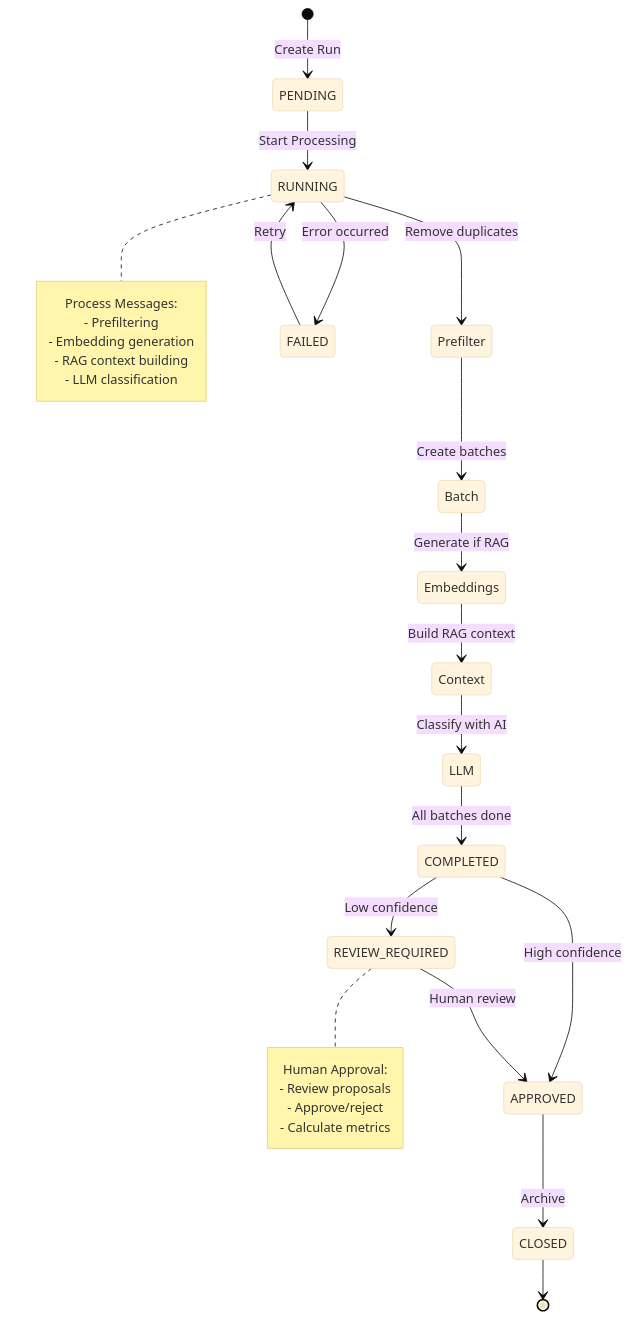
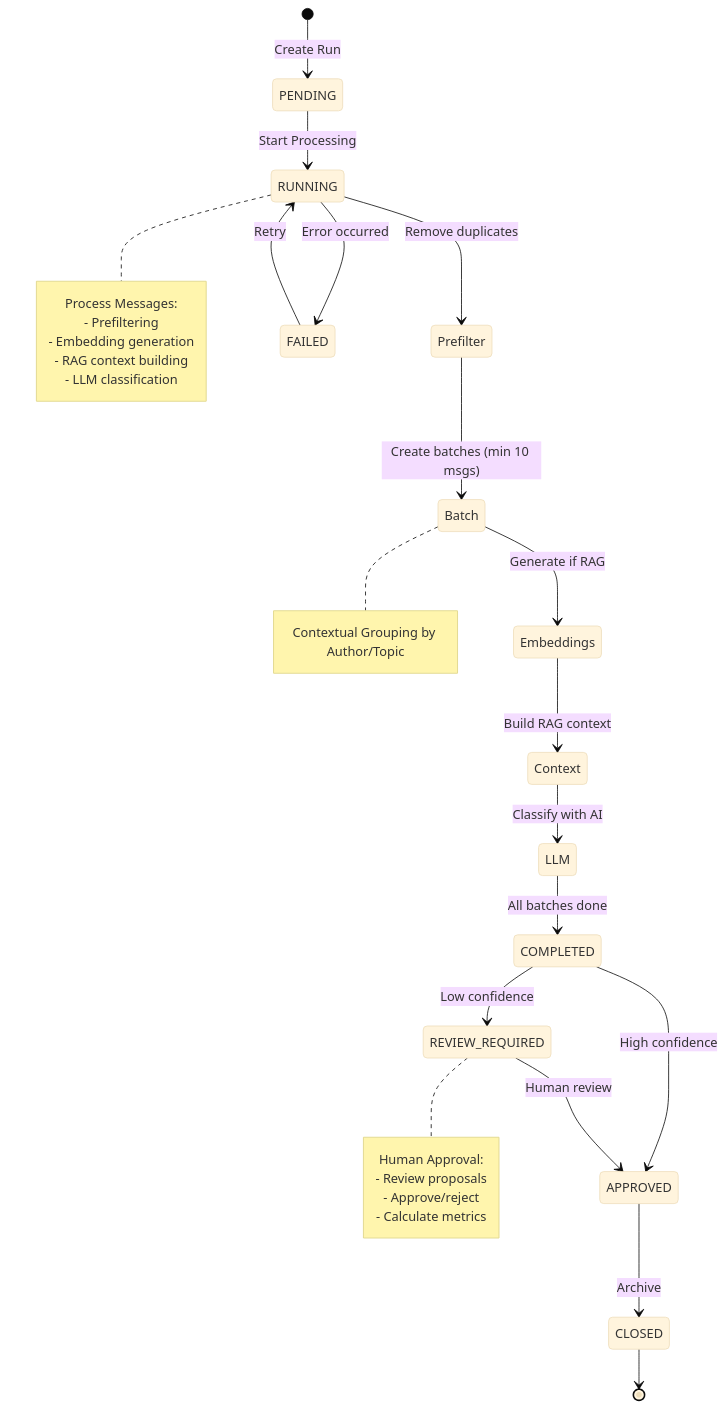
The first of 4 diagrams in docs/architecture/ANALYSIS_SYSTEM.md (djimontyp/task-tracker), drawn with Mermaid (base theme) before and after one commit. The commit also changed 3 other files, not shown here.

````diff
--- a/docs/architecture/ANALYSIS_SYSTEM.md
+++ b/docs/architecture/ANALYSIS_SYSTEM.md
@@ -36,38 +36,39 @@
 ```mermaid
 stateDiagram-v2
     [*] --> PENDING: Create Run
     PENDING --> RUNNING: Start Processing
 
     RUNNING --> Prefilter: Remove duplicates
-    Prefilter --> Batch: Create batches
+    Prefilter --> Batch: Create batches (min 10 msgs)
+    note right of Batch: Contextual Grouping by Author/Topic
     Batch --> Embeddings: Generate if RAG
     Embeddings --> Context: Build RAG context
     Context --> LLM: Classify with AI
     LLM --> COMPLETED: All batches done
 
     RUNNING --> FAILED: Error occurred
     FAILED --> RUNNING: Retry
 
     COMPLETED --> REVIEW_REQUIRED: Low confidence
     COMPLETED --> APPROVED: High confidence
 
     REVIEW_REQUIRED --> APPROVED: Human review
     APPROVED --> CLOSED: Archive
 
     CLOSED --> [*]
 
     note right of RUNNING
         Process Messages:
         - Prefiltering
         - Embedding generation
         - RAG context building
         - LLM classification
     end note
 
     note right of REVIEW_REQUIRED
         Human Approval:
         - Review proposals
         - Approve/reject
         - Calculate metrics
     end note
 ```
````
